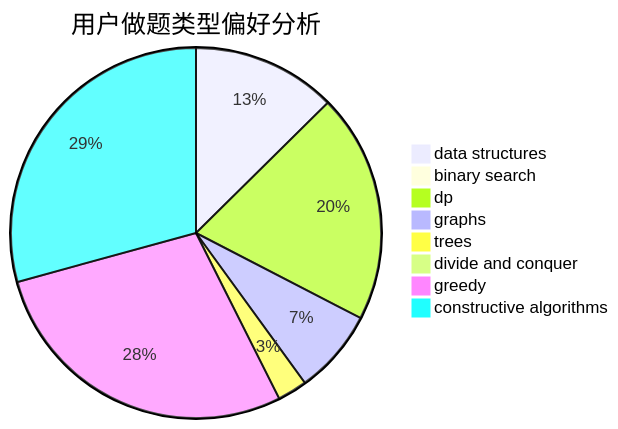
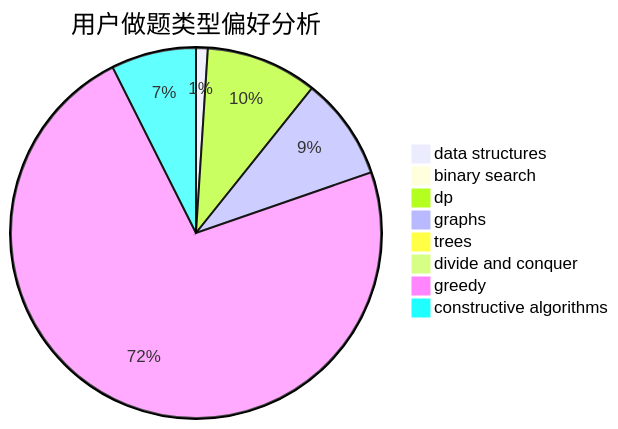
Before and after one commit to sherpahu/cfrs.github.io: the second of 3 diagrams in docs/user/u1896.md, drawn with Mermaid. The commit also changed other lines of this file and 2770 other files, not shown here.

````diff
--- a/docs/user/u1896.md
+++ b/docs/user/u1896.md
@@ -23,11 +23,11 @@
 ```mermaid
 pie title 用户做题类型偏好分析
-    "data structures" :  34
-    "binary search" :  0
-    "dp" :  54
-    "graphs" :  20
-    "trees" :  7
-    "divide and conquer" :  0
-    "greedy" :  76
-    "constructive algorithms" :  79
+    "data structures" :  4
+    "binary search" :  3
+    "dp" :  38
+    "graphs" :  35
+    "trees" :  2
+    "divide and conquer" :  1
+    "greedy" :  285
+    "constructive algorithms" :  29
 ```
````
